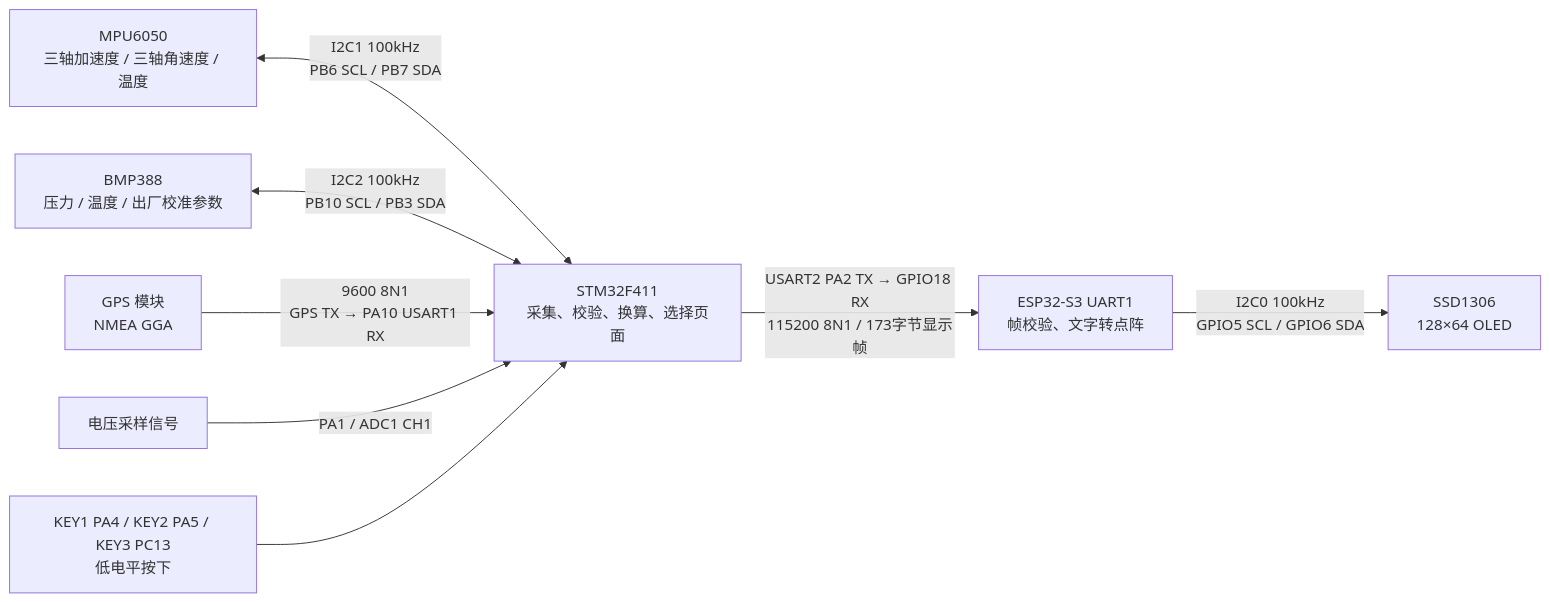
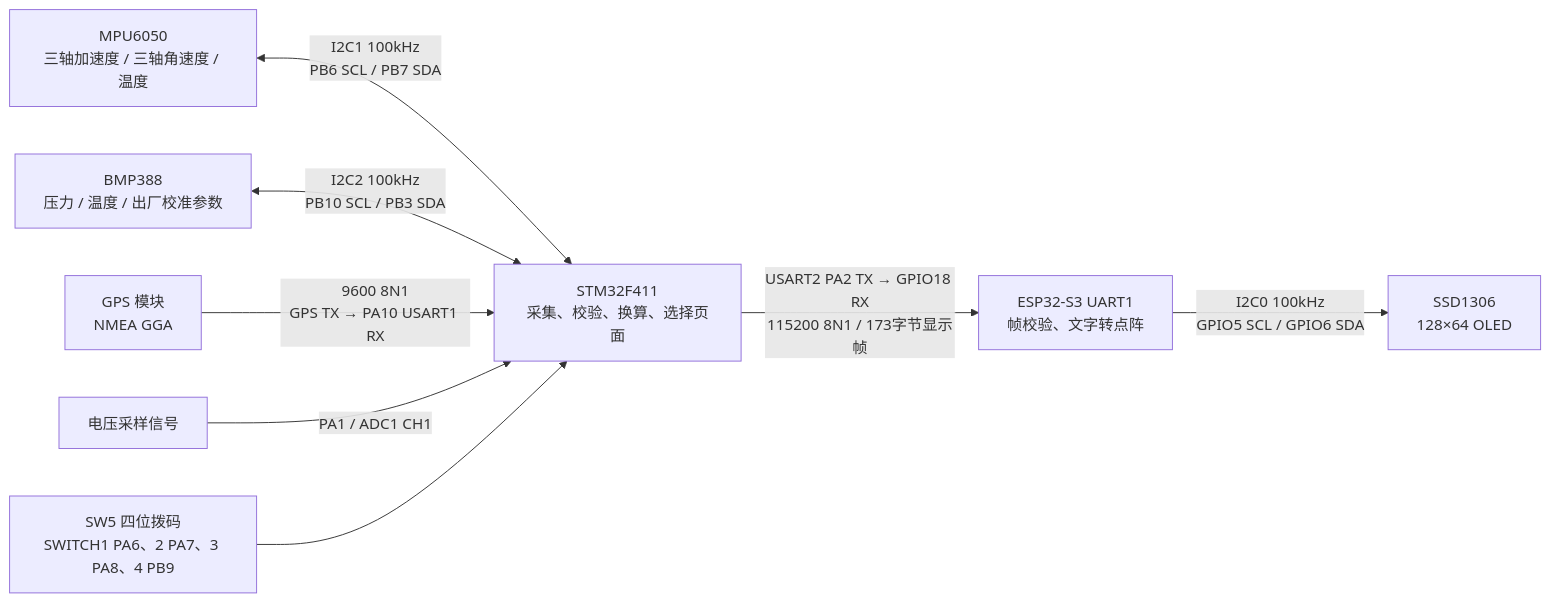
Before and after one commit to Killvinrie/quad: the first of 16 diagrams in software/docs/PROGRAM_FLOW.md, drawn with Mermaid. The commit also changed other lines of this file and 31 other files, not shown here.

````diff
--- a/software/docs/PROGRAM_FLOW.md
+++ b/software/docs/PROGRAM_FLOW.md
@@ -9,10 +9,10 @@
 ```mermaid
 flowchart LR
     MPU["MPU6050<br/>三轴加速度 / 三轴角速度 / 温度"] <-->|"I2C1 100kHz<br/>PB6 SCL / PB7 SDA"| STM["STM32F411<br/>采集、校验、换算、选择页面"]
     BMP["BMP388<br/>压力 / 温度 / 出厂校准参数"] <-->|"I2C2 100kHz<br/>PB10 SCL / PB3 SDA"| STM
     GPS["GPS 模块<br/>NMEA GGA"] -->|"9600 8N1<br/>GPS TX → PA10 USART1 RX"| STM
     ADC["电压采样信号"] -->|"PA1 / ADC1 CH1"| STM
-    KEY["KEY1 PA4 / KEY2 PA5 / KEY3 PC13<br/>低电平按下"] --> STM
+    KEY["SW5 四位拨码<br/>SWITCH1 PA6、2 PA7、3 PA8、4 PB9"] --> STM
     STM -->|"USART2 PA2 TX → GPIO18 RX<br/>115200 8N1 / 173字节显示帧"| ESP["ESP32-S3 UART1<br/>帧校验、文字转点阵"]
     ESP -->|"I2C0 100kHz<br/>GPIO5 SCL / GPIO6 SDA"| OLED["SSD1306<br/>128×64 OLED"]
 ```
````
